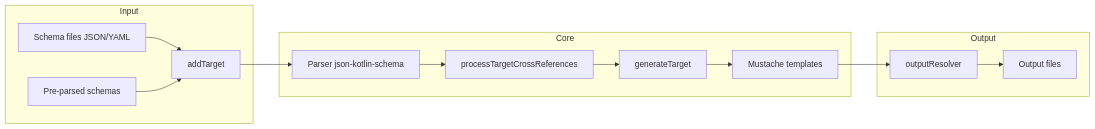
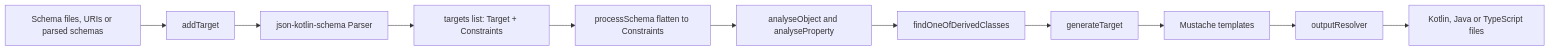
Before and after one commit to goddtriffin/json-schema-rs: the first of 2 diagrams in research/reports/kotlin/pwall567-json-kotlin-schema-codegen.md, drawn with Mermaid. The commit also changed other lines of this file and 51 other files, not shown here.

````diff
--- a/research/reports/kotlin/pwall567-json-kotlin-schema-codegen.md
+++ b/research/reports/kotlin/pwall567-json-kotlin-schema-codegen.md
@@ -93,25 +95,13 @@
 ```mermaid
 flowchart LR
-  subgraph input [Input]
-    SchemaFiles[Schema files JSON/YAML]
-    PreParsed[Pre-parsed schemas]
-    SchemaFiles --> addTarget[addTarget]
-    PreParsed --> addTarget
-  end
-  subgraph core [Core]
-    Parser[Parser json-kotlin-schema]
-    processRefs[processTargetCrossReferences]
-    generateTarget[generateTarget]
-    Templates[Mustache templates]
-    addTarget --> Parser
-    Parser --> processRefs
-    processRefs --> generateTarget
-    generateTarget --> Templates
-  end
-  subgraph output [Output]
-    Resolver[outputResolver]
-    OutputFiles[Output files]
-    Templates --> Resolver
-    Resolver --> OutputFiles
-  end
+  Input["Schema files, URIs or parsed schemas"] --> AddTarget[addTarget]
+  AddTarget --> Parser["json-kotlin-schema Parser"]
+  Parser --> Targets["targets list: Target + Constraints"]
+  Targets --> ProcessSchema["processSchema flatten to Constraints"]
+  ProcessSchema --> Analyse["analyseObject and analyseProperty"]
+  Analyse --> OneOf[findOneOfDerivedClasses]
+  OneOf --> GenTarget[generateTarget]
+  GenTarget --> Mustache["Mustache templates"]
+  Mustache --> Resolver[outputResolver]
+  Resolver --> OutFiles["Kotlin, Java or TypeScript files"]
 ```
````
